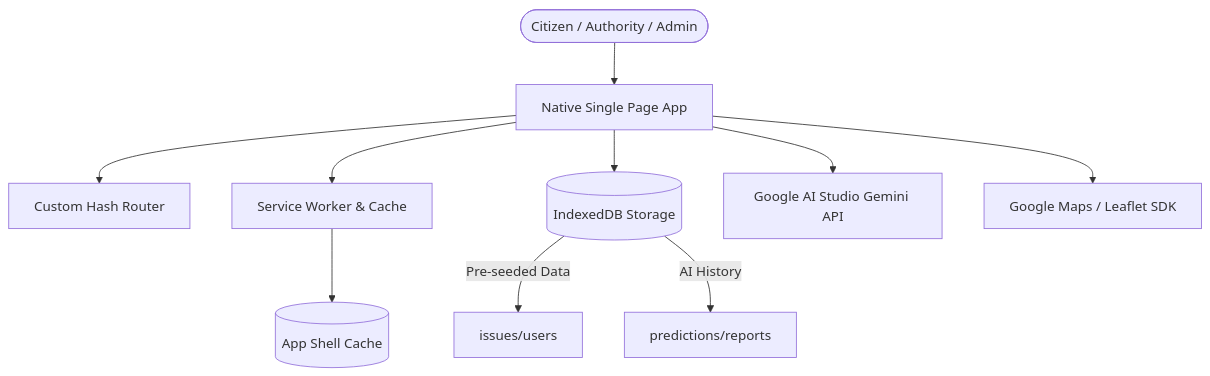
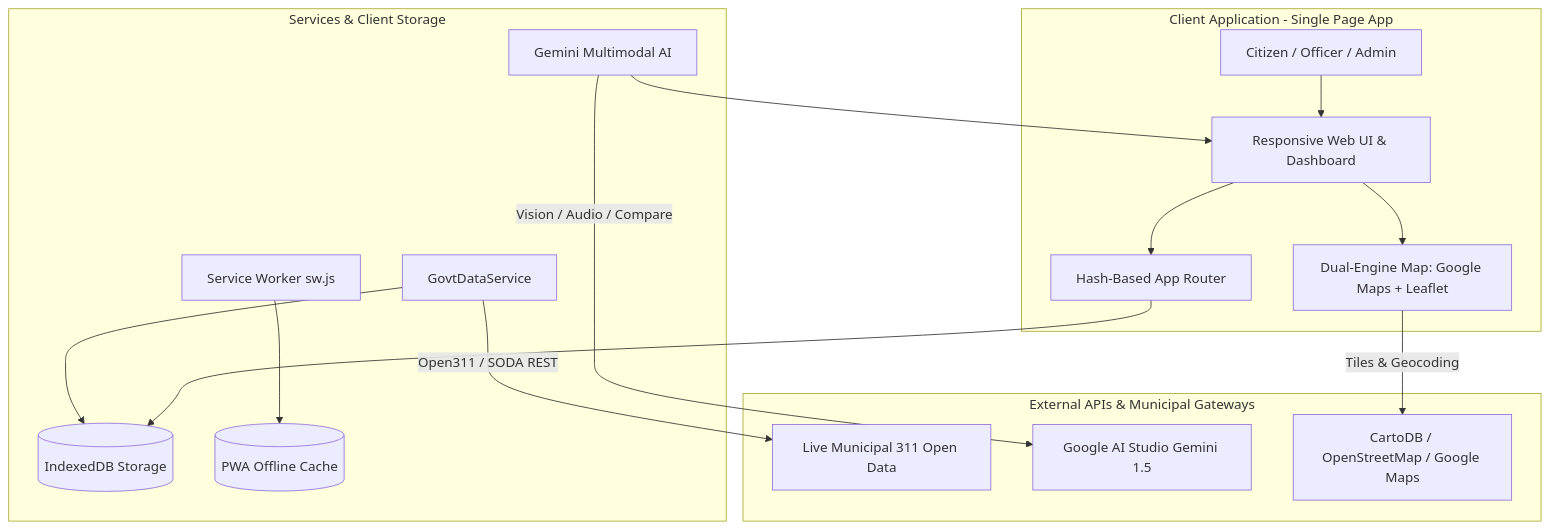
The first of 2 diagrams in README.md (gajanand27-05/CivicFixGreen), drawn with Mermaid before and after one commit. The commit also changed other lines of this file, not shown here.

Commit message:
docs: update README with full platform architecture, live Open311 govt integration, and setup guide

````diff
--- a/README.md
+++ b/README.md
@@ -60,16 +50,21 @@
 ```mermaid
 graph TD
-    User([Citizen / Authority / Admin]) --> SPA[Native Single Page App]
-    SPA --> Router[Custom Hash Router]
-    SPA --> SW[Service Worker & Cache]
-    SW --> Cache[(App Shell Cache)]
-    SPA --> DB[(IndexedDB Storage)]
-    
-    %% API Integrations
-    SPA --> AI[Google AI Studio Gemini API]
-    SPA --> Maps[Google Maps / Leaflet SDK]
-    
-    %% Storage Details
-    DB --> |Pre-seeded Data| T1[issues/users]
-    DB --> |AI History| T2[predictions/reports]
+    subgraph Client [Client Application - Single Page App]
+        User[Citizen / Officer / Admin] --> UI[Responsive Web UI & Dashboard]
+        UI --> Router[Hash-Based App Router]
+        UI --> MapEngine[Dual-Engine Map: Google Maps + Leaflet]
+    end
+
+    subgraph Core [Services & Client Storage]
+        Router --> DB[(IndexedDB Storage)]
+        GovtService[GovtDataService] --> DB
+        AIModule[Gemini Multimodal AI] --> UI
+        SW[Service Worker sw.js] --> Cache[(PWA Offline Cache)]
+    end
+
+    subgraph External [External APIs & Municipal Gateways]
+        GovtService -->|Open311 / SODA REST| GovtAPI[Live Municipal 311 Open Data]
+        AIModule -->|Vision / Audio / Compare| GeminiAPI[Google AI Studio Gemini 1.5]
+        MapEngine -->|Tiles & Geocoding| OpenStreetMap[CartoDB / OpenStreetMap / Google Maps]
+    end
 ```
````
